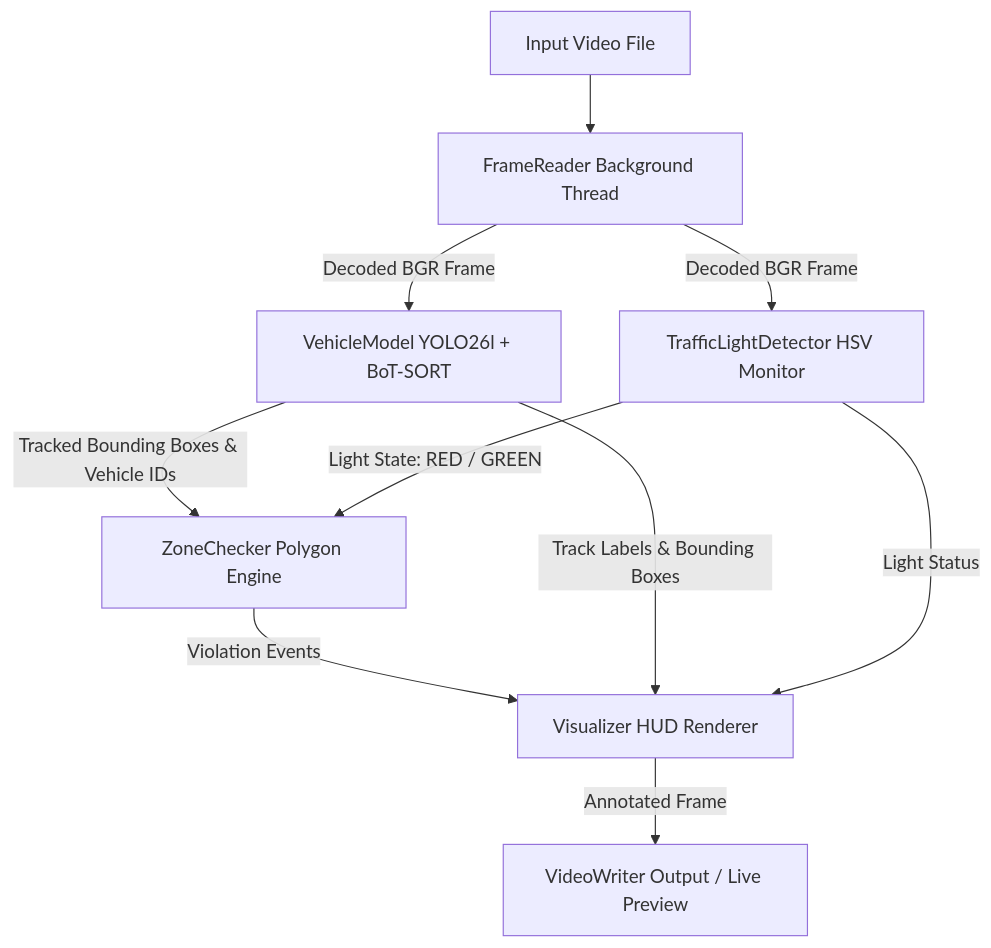
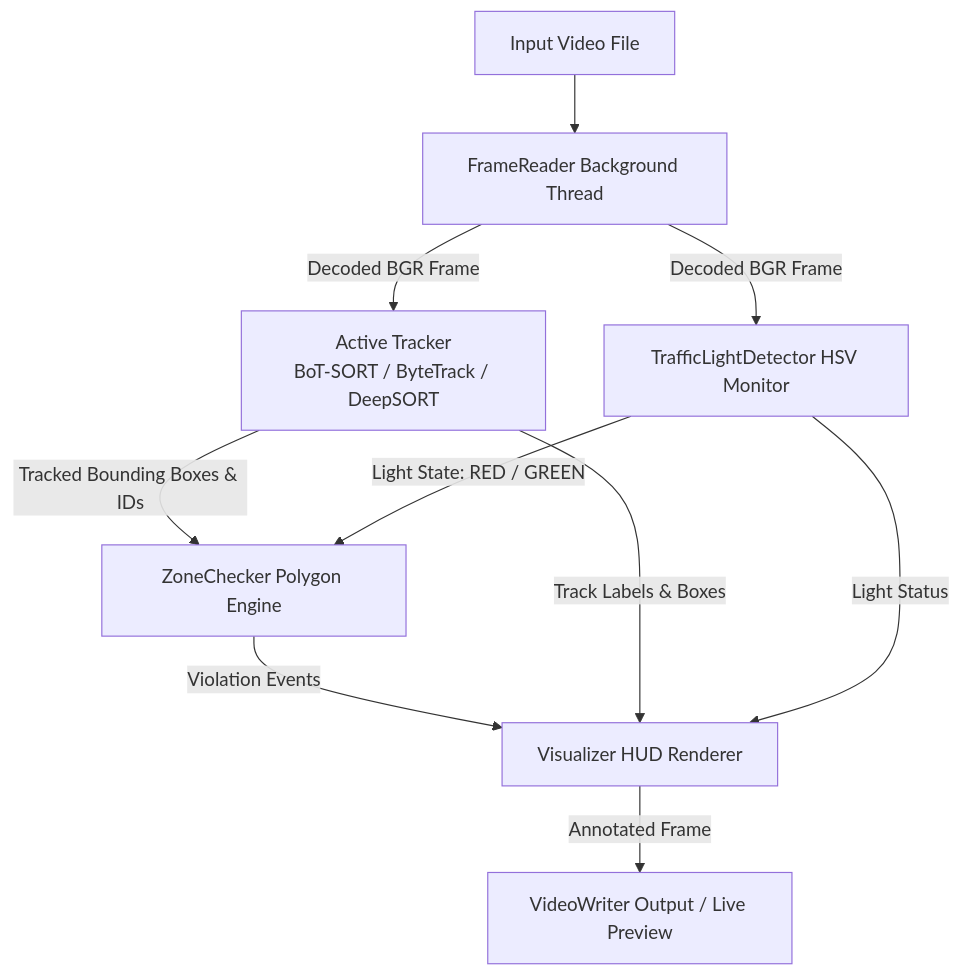
One commit to trungngothanh13/VehicleDetectionAndTrackingModule changed the diagram in README.md. Above: the diagram before and after it, drawn with Mermaid. The commit also changed other lines of this file and 14 other files, not shown here.

````diff
--- a/README.md
+++ b/README.md
@@ -55,15 +58,15 @@
 ```mermaid
 flowchart TD
     A[Input Video File] --> B[FrameReader Background Thread]
-    B -->|Decoded BGR Frame| C[VehicleModel YOLO26l + BoT-SORT]
+    B -->|Decoded BGR Frame| C[Active Tracker<br/>BoT-SORT / ByteTrack / DeepSORT]
     B -->|Decoded BGR Frame| D[TrafficLightDetector HSV Monitor]
     
-    C -->|Tracked Bounding Boxes & Vehicle IDs| E[ZoneChecker Polygon Engine]
+    C -->|Tracked Bounding Boxes & IDs| E[ZoneChecker Polygon Engine]
     D -->|Light State: RED / GREEN| E
     
     E -->|Violation Events| F[Visualizer HUD Renderer]
-    C -->|Track Labels & Bounding Boxes| F
+    C -->|Track Labels & Boxes| F
     D -->|Light Status| F
     
     F -->|Annotated Frame| G[VideoWriter Output / Live Preview]
 ```
````
